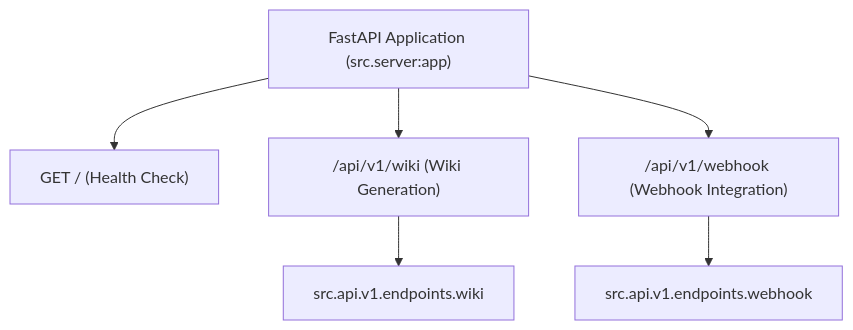
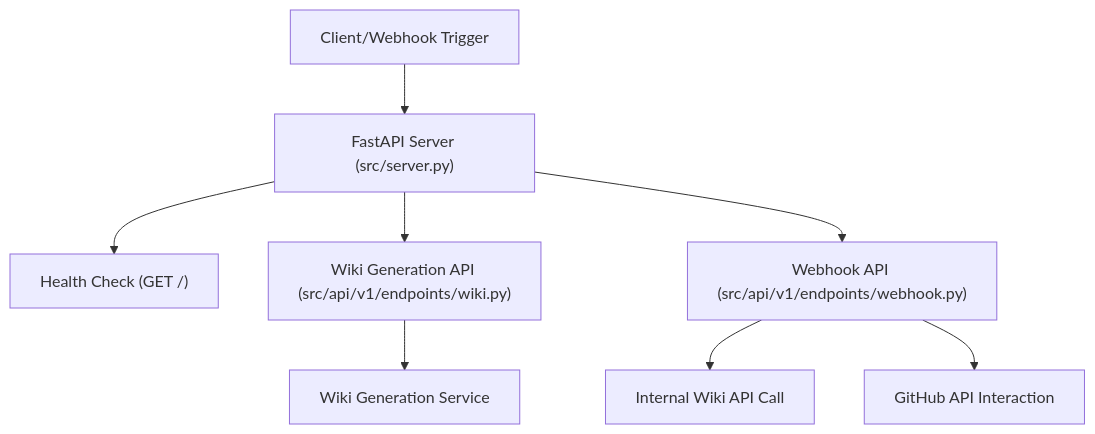
Before and after one commit to catuscio/wiki-as-readme: the ninth of 19 diagrams in examples/wiki_as_README.md, drawn with Mermaid. The commit also changed other lines of this file, not shown here.

Commit message:
docs: ✨Update examples/wiki_as_README.md via Wiki-As-Readme Action

````diff
--- a/examples/wiki_as_README.md
+++ b/examples/wiki_as_README.md
@@ -998,8 +961,10 @@
 ```mermaid
 graph TD
-    A["FastAPI Application (src.server:app)"] --> B["GET / (Health Check)"]
-    A --> C["/api/v1/wiki (Wiki Generation)"]
-    A --> D["/api/v1/webhook (Webhook Integration)"]
-    C --> C1["src.api.v1.endpoints.wiki"]
-    D --> D1["src.api.v1.endpoints.webhook"]
+    A["Client/Webhook Trigger"] --> B["FastAPI Server (src/server.py)"]
+    B --> C["Health Check (GET /)"]
+    B --> D["Wiki Generation API (src/api/v1/endpoints/wiki.py)"]
+    B --> E["Webhook API (src/api/v1/endpoints/webhook.py)"]
+    D --> F["Wiki Generation Service"]
+    E --> G["Internal Wiki API Call"]
+    E --> H["GitHub API Interaction"]
 ```
````
